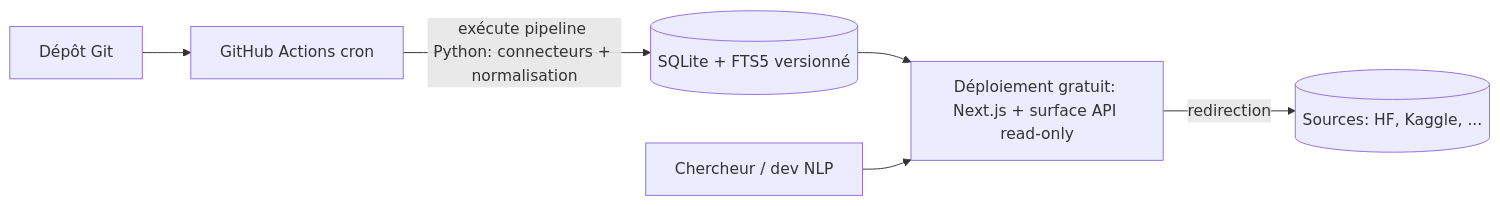
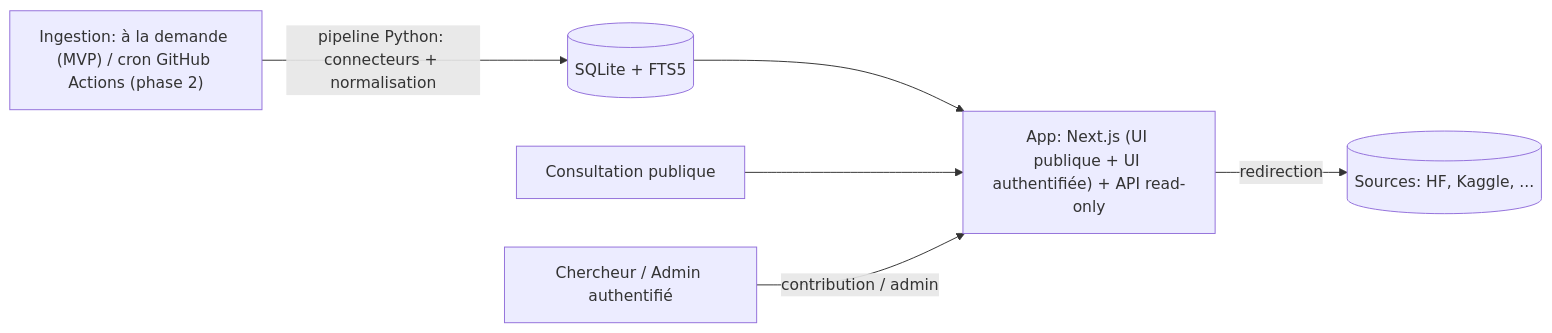
Before and after one commit to YTILIKAN/AfroLang-Library: the third of 3 diagrams in Documentation/architecture/ARCHITECTURE-SPINE.md, drawn with Mermaid. The commit also changed other lines of this file and 4 other files, not shown here.

````diff
--- a/Documentation/architecture/ARCHITECTURE-SPINE.md
+++ b/Documentation/architecture/ARCHITECTURE-SPINE.md
@@ -166,8 +181,8 @@
 ```mermaid
 graph LR
-  DEV[Dépôt Git] --> GHA[GitHub Actions cron]
-  GHA -->|exécute pipeline Python: connecteurs + normalisation| SQLITE[(SQLite + FTS5 versionné)]
-  SQLITE --> DEPLOY[Déploiement gratuit: Next.js + surface API read-only]
-  USER[Chercheur / dev NLP] --> DEPLOY
-  DEPLOY -->|redirection| EXT[(Sources: HF, Kaggle, ...)]
+  TRIG["Ingestion: à la demande (MVP) / cron GitHub Actions (phase 2)"] -->|pipeline Python: connecteurs + normalisation| SQLITE[(SQLite + FTS5)]
+  SQLITE --> APP["App: Next.js (UI publique + UI authentifiée) + API read-only"]
+  PUB[Consultation publique] --> APP
+  AUTHU[Chercheur / Admin authentifié] -->|contribution / admin| APP
+  APP -->|redirection| EXT[(Sources: HF, Kaggle, ...)]
 ```
````
